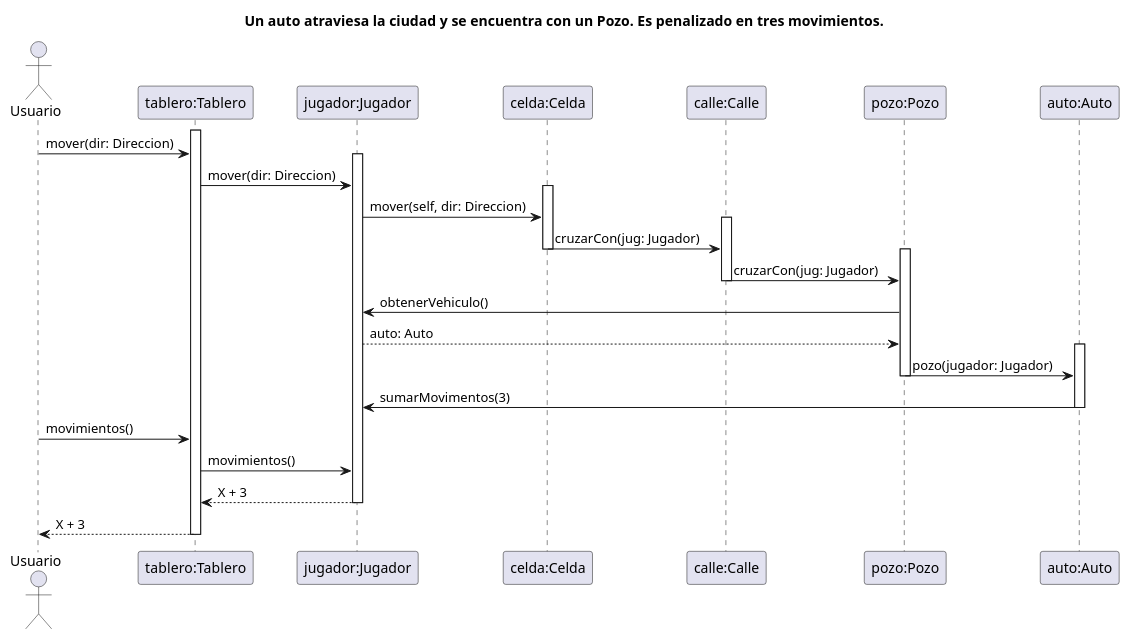
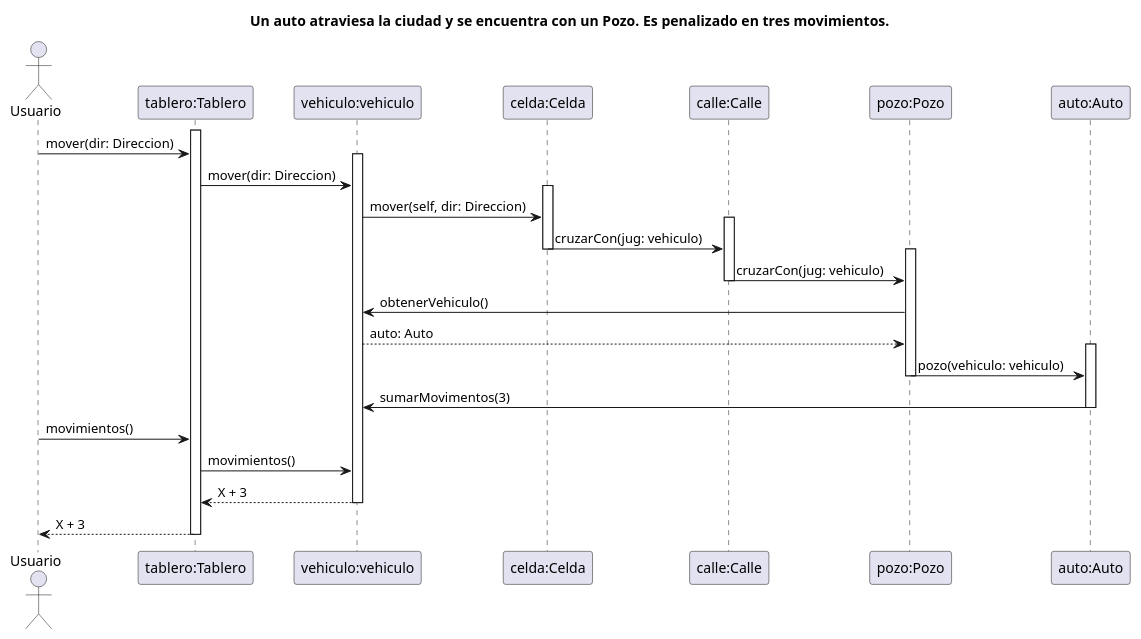
Before and after one commit to tomasayala/algo3_tp2_1C2022: the diagram in diagrams/sequences/SecuenciaAutoCruzaUnPozoYEsPenalizado/SecuenciaAutoCruzaUnPozoYEsPenalizado.puml, drawn with PlantUML. The commit also changed 44 other files, not shown here.

```diff
--- a/diagrams/sequences/SecuenciaAutoCruzaUnPozoYEsPenalizado/SecuenciaAutoCruzaUnPozoYEsPenalizado.puml
+++ b/diagrams/sequences/SecuenciaAutoCruzaUnPozoYEsPenalizado/SecuenciaAutoCruzaUnPozoYEsPenalizado.puml
@@ -1,68 +1,68 @@
 @startuml SecuenciaAutoCruzaUnPozoYEsPenalizado
 ' Caso de uso 
 ' Un auto atraviesa la ciudad y se encuentra con un Pozo. Es penalizado en tres movimientos.
 
 title Un auto atraviesa la ciudad y se encuentra con un Pozo. Es penalizado en tres movimientos.
 
 Actor Usuario as user
 participant "tablero:Tablero" as tablero
-participant "jugador:Jugador" as jugador
+participant "vehiculo:vehiculo" as vehiculo
 participant "celda:Celda" as celda
 participant "calle:Calle" as calle
 participant "pozo:Pozo" as pozo
 participant "auto:Auto" as auto
 
 ' participant "Direccion" as direccion
 ' participant "Modificador" as modificador
 
 activate tablero
 
 
 user -> tablero: mover(dir: Direccion)
 
-activate jugador
+activate vehiculo
 
-tablero -> jugador: mover(dir: Direccion)
+tablero -> vehiculo: mover(dir: Direccion)
 
 activate celda
 
-jugador -> celda: mover(self, dir: Direccion)
+vehiculo -> celda: mover(self, dir: Direccion)
 
 activate calle
 
-celda -> calle: cruzarCon(jug: Jugador)
+celda -> calle: cruzarCon(jug: vehiculo)
 
 deactivate celda
 activate pozo
 
-calle -> pozo: cruzarCon(jug: Jugador)
+calle -> pozo: cruzarCon(jug: vehiculo)
 
 deactivate calle
 
-pozo -> jugador: obtenerVehiculo()
+pozo -> vehiculo: obtenerVehiculo()
 
-jugador --> pozo: auto: Auto
+vehiculo --> pozo: auto: Auto
 
 activate auto
 
-pozo -> auto: pozo(jugador: Jugador)
+pozo -> auto: pozo(vehiculo: vehiculo)
 
 deactivate pozo
 
-auto -> jugador: sumarMovimentos(3)
+auto -> vehiculo: sumarMovimentos(3)
 
 deactivate auto
 deactivate calle
 deactivate celda
 
 user -> tablero: movimientos()
-tablero -> jugador: movimientos()
-jugador --> tablero: X + 3
+tablero -> vehiculo: movimientos()
+vehiculo --> tablero: X + 3
 
-deactivate jugador
+deactivate vehiculo
 
 tablero --> user: X + 3
 
 deactivate tablero
 
 @enduml
```
